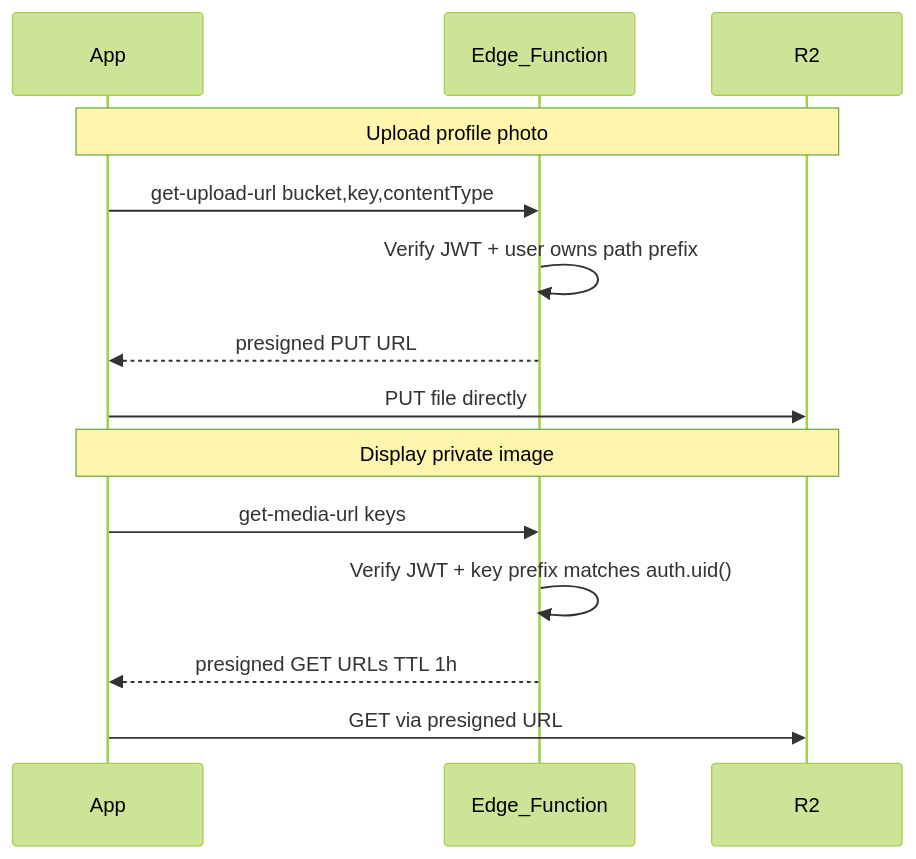
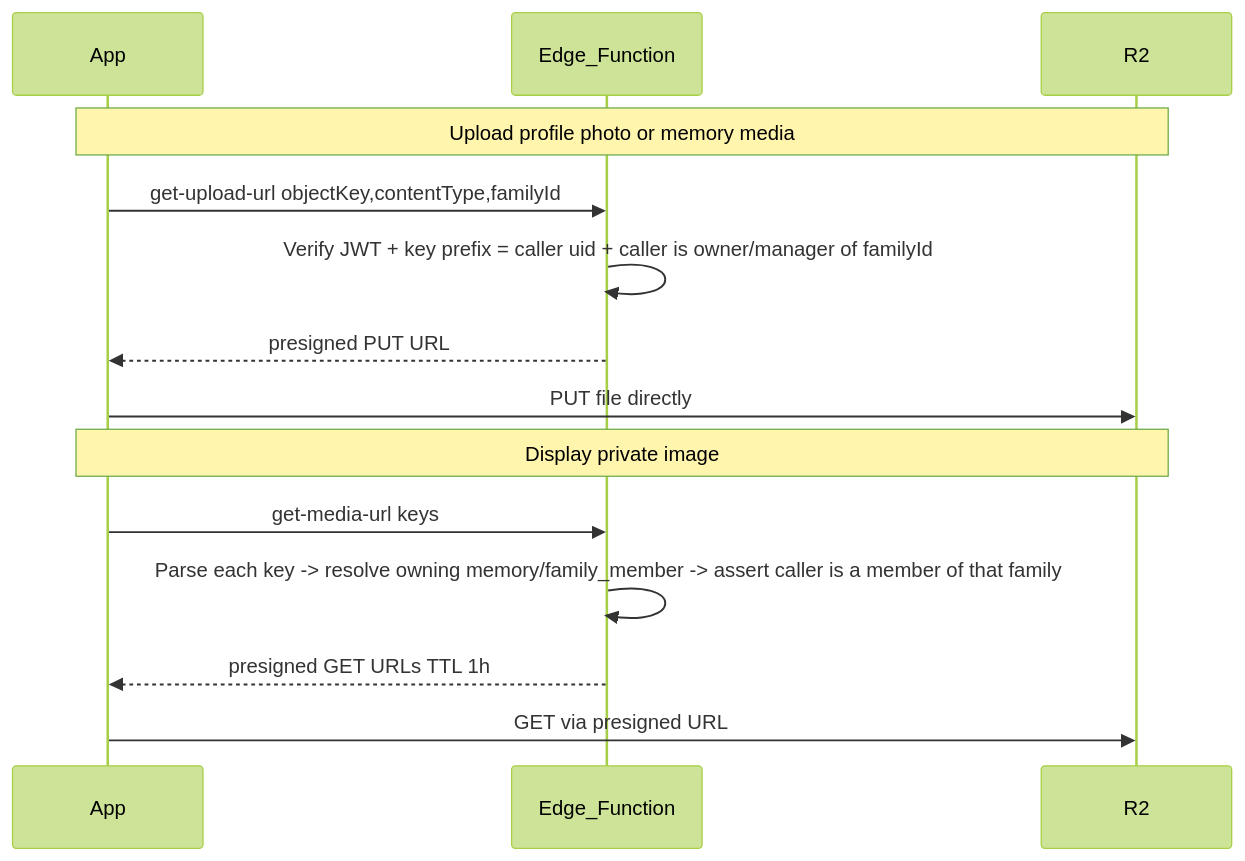
One commit to eduardoyi/newmomora changed the second of 2 diagrams in docs/TECH_SPEC.md. Above: the diagram before and after it, drawn with Mermaid (forest theme). The commit also changed other lines of this file and 30 other files, not shown here.

First line of the commit message:
Rewrite storage and Edge Function authorization for family tenancy

````diff
--- a/docs/TECH_SPEC.md
+++ b/docs/TECH_SPEC.md
@@ -283,18 +283,18 @@
 ```mermaid
 sequenceDiagram
     participant App
     participant Edge as Edge_Function
     participant R2
 
-    Note over App,R2: Upload profile photo
-    App->>Edge: get-upload-url bucket,key,contentType
-    Edge->>Edge: Verify JWT + user owns path prefix
+    Note over App,R2: Upload profile photo or memory media
+    App->>Edge: get-upload-url objectKey,contentType,familyId
+    Edge->>Edge: Verify JWT + key prefix = caller uid + caller is owner/manager of familyId
     Edge-->>App: presigned PUT URL
     App->>R2: PUT file directly
 
     Note over App,R2: Display private image
     App->>Edge: get-media-url keys
-    Edge->>Edge: Verify JWT + key prefix matches auth.uid()
+    Edge->>Edge: Parse each key -> resolve owning memory/family_member -> assert caller is a member of that family
     Edge-->>App: presigned GET URLs TTL 1h
     App->>R2: GET via presigned URL
 ```
````
